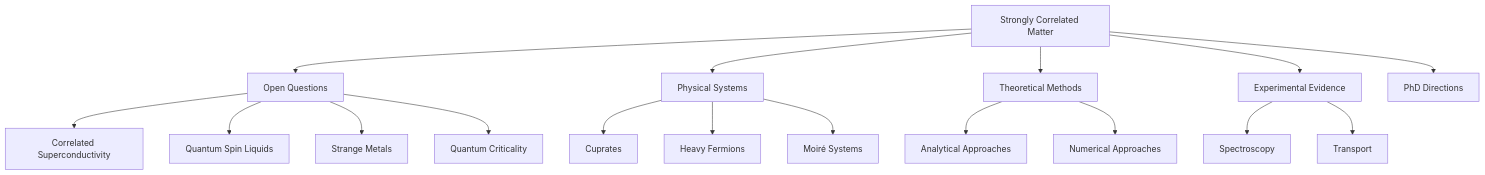
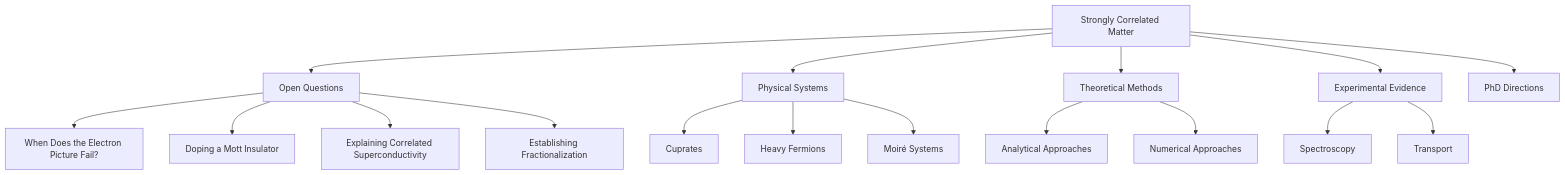
Before and after one commit to Lwj1220/strong-correlation-research-map: the diagram in README.md, drawn with Mermaid. The commit also changed other lines of this file, not shown here.

Commit message:
Align homepage map with top-level questions

````diff
--- a/README.md
+++ b/README.md
@@ -32,25 +32,25 @@
 ```mermaid
 flowchart TD
     SC["Strongly Correlated Matter"]
 
     SC --> Q["Open Questions"]
     SC --> S["Physical Systems"]
     SC --> M["Theoretical Methods"]
     SC --> E["Experimental Evidence"]
     SC --> D["PhD Directions"]
 
-    Q --> CS["Correlated Superconductivity"]
-    Q --> SL["Quantum Spin Liquids"]
-    Q --> SM["Strange Metals"]
-    Q --> QC["Quantum Criticality"]
+    Q --> Q0["When Does the Electron Picture Fail?"]
+    Q --> Q1["Doping a Mott Insulator"]
+    Q --> Q2["Explaining Correlated Superconductivity"]
+    Q --> Q3["Establishing Fractionalization"]
 
     S --> CU["Cuprates"]
     S --> HF["Heavy Fermions"]
     S --> MO["Moiré Systems"]
 
     M --> AN["Analytical Approaches"]
     M --> NU["Numerical Approaches"]
 
     E --> SP["Spectroscopy"]
     E --> TR["Transport"]
 ```
````
